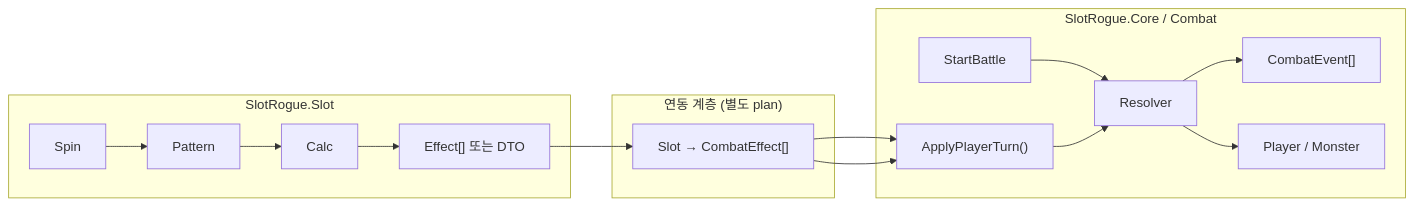
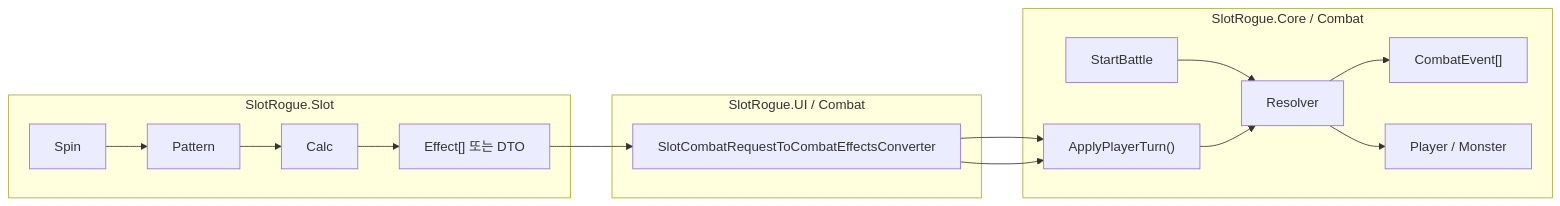
One commit to YooKyubin/SlotRogue changed the fourth of 4 diagrams in docs/design-docs/combat-core.md. Above: the diagram before and after it, drawn with Mermaid. The commit also changed other lines of this file and 30 other files, not shown here.

First line of the commit message:
feat(combat): Dev_Battle Harness와 SlotCombatRequest 변환 추가

````diff
--- a/docs/design-docs/combat-core.md
+++ b/docs/design-docs/combat-core.md
@@ -137,21 +137,21 @@
 ```mermaid
 flowchart LR
     subgraph Slot["SlotRogue.Slot"]
         Spin --> Pattern --> Calc --> Build["Effect[] 또는 DTO"]
     end
 
-    subgraph Integration["연동 계층 (별도 plan)"]
-        Adapt["Slot → CombatEffect[]"]
+    subgraph Integration["SlotRogue.UI / Combat"]
+        Adapt["SlotCombatRequestToCombatEffectsConverter"]
     end
 
     subgraph Combat["SlotRogue.Core / Combat"]
         StartBattle --> Resolver
         Adapt --> Apply["ApplyPlayerTurn()"]
         Apply --> Resolver
         Resolver --> Events["CombatEvent[]"]
         Resolver --> Participant["Player / Monster"]
     end
 
     Build --> Adapt
     Adapt --> Apply
 ```
````
